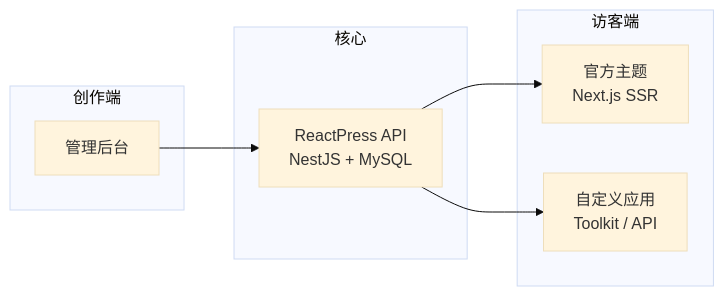
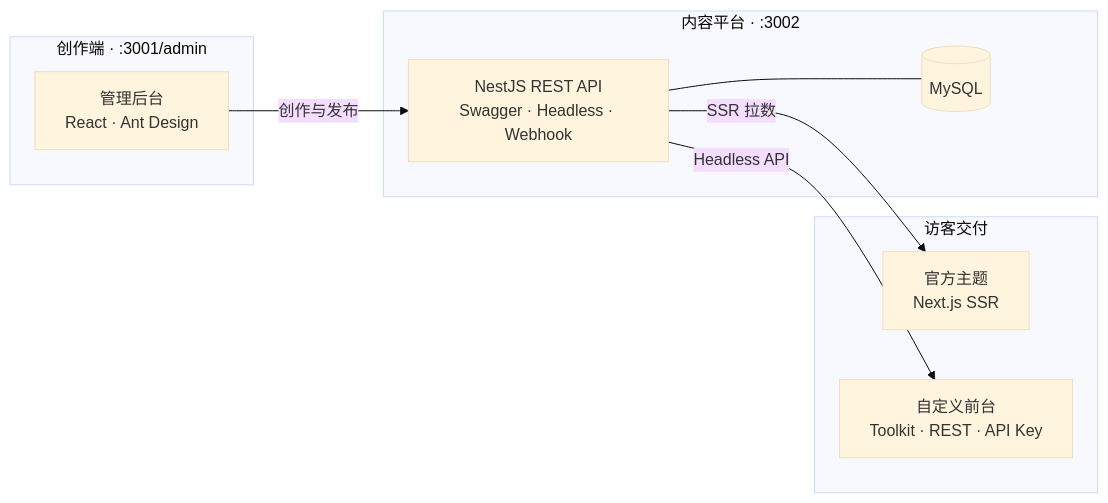
The diagram in README-zh_CN.md (fecommunity/reactpress), drawn with Mermaid (base theme) before and after one commit. The commit also changed other lines of this file and 1 other file, not shown here.

````diff
--- a/README-zh_CN.md
+++ b/README-zh_CN.md
@@ -212,16 +192,21 @@
 ```mermaid
 flowchart LR
-  subgraph 创作端
-    A[管理后台]
+  subgraph Author["创作端 · :3001/admin"]
+    A["管理后台<br/>React · Ant Design"]
   end
-  subgraph 核心
-    B[ReactPress API<br/>NestJS + MySQL]
+
+  subgraph Core["内容平台 · :3002"]
+    B["NestJS REST API<br/>Swagger · Headless · Webhook"]
+    DB[(MySQL)]
+    B --- DB
   end
-  subgraph 访客端
-    C[官方主题<br/>Next.js SSR]
-    D[自定义应用<br/>Toolkit / API]
+
+  subgraph Delivery["访客交付"]
+    C["官方主题<br/>Next.js SSR"]
+    D["自定义前台<br/>Toolkit · REST · API Key"]
   end
-  A --> B
-  B --> C
-  B --> D
+
+  A -->|创作与发布| B
+  B -->|SSR 拉数| C
+  B -->|Headless API| D
 ```
````
